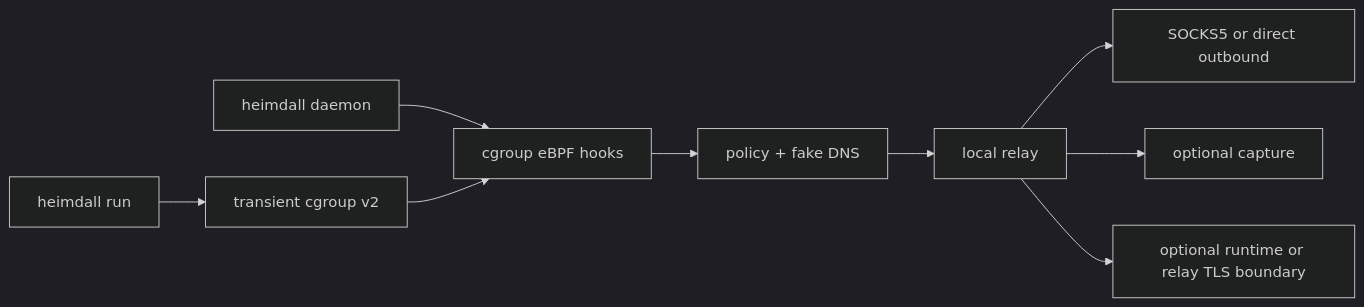
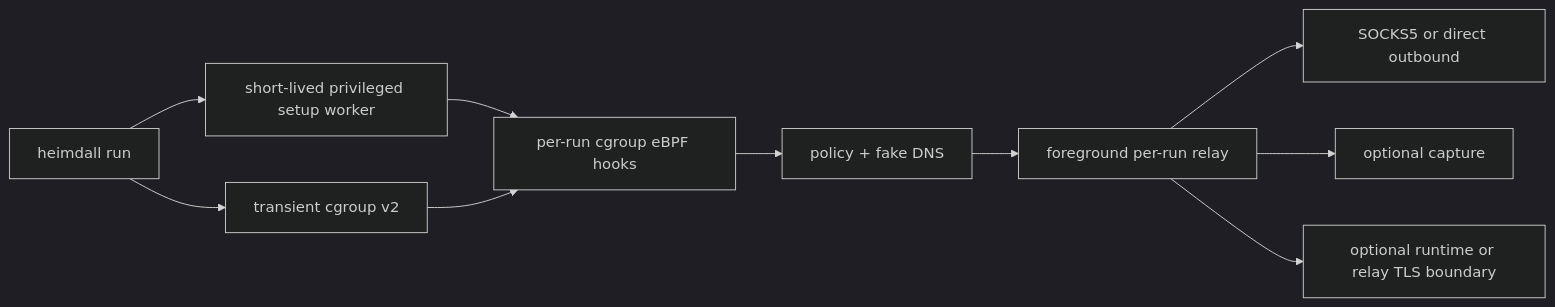
Before and after one commit to dravengarden/heimdall: the diagram in README.md, drawn with Mermaid (dark theme). The commit also changed other lines of this file and 32 other files, not shown here.

````diff
--- a/README.md
+++ b/README.md
@@ -71,11 +72,12 @@
 ```mermaid
 flowchart LR
     C[heimdall run] --> G[transient cgroup v2]
-    D[heimdall daemon] --> E[cgroup eBPF hooks]
+    C --> W[short-lived privileged setup worker]
+    W --> E[per-run cgroup eBPF hooks]
     G --> E
     E --> P[policy + fake DNS]
-    P --> R[local relay]
+    P --> R[foreground per-run relay]
     R --> S[SOCKS5 or direct outbound]
     R --> X[optional capture]
     R --> T[optional runtime or relay TLS boundary]
 ```
````
